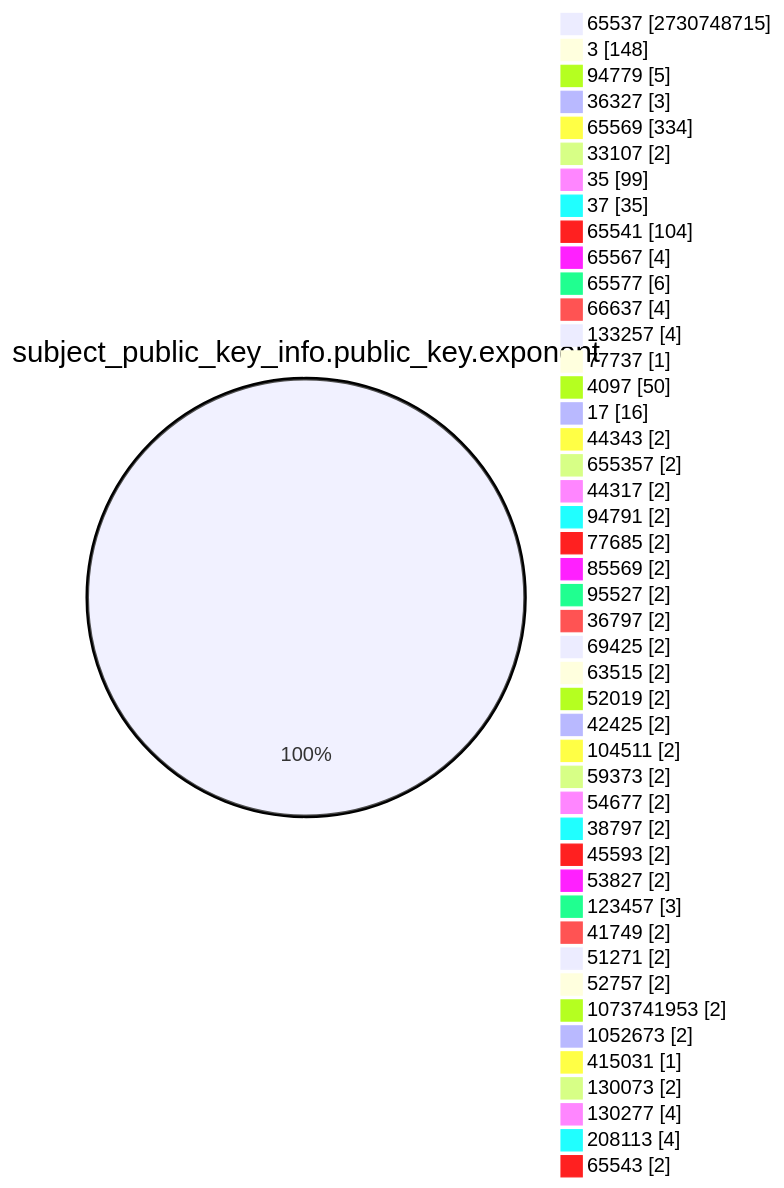
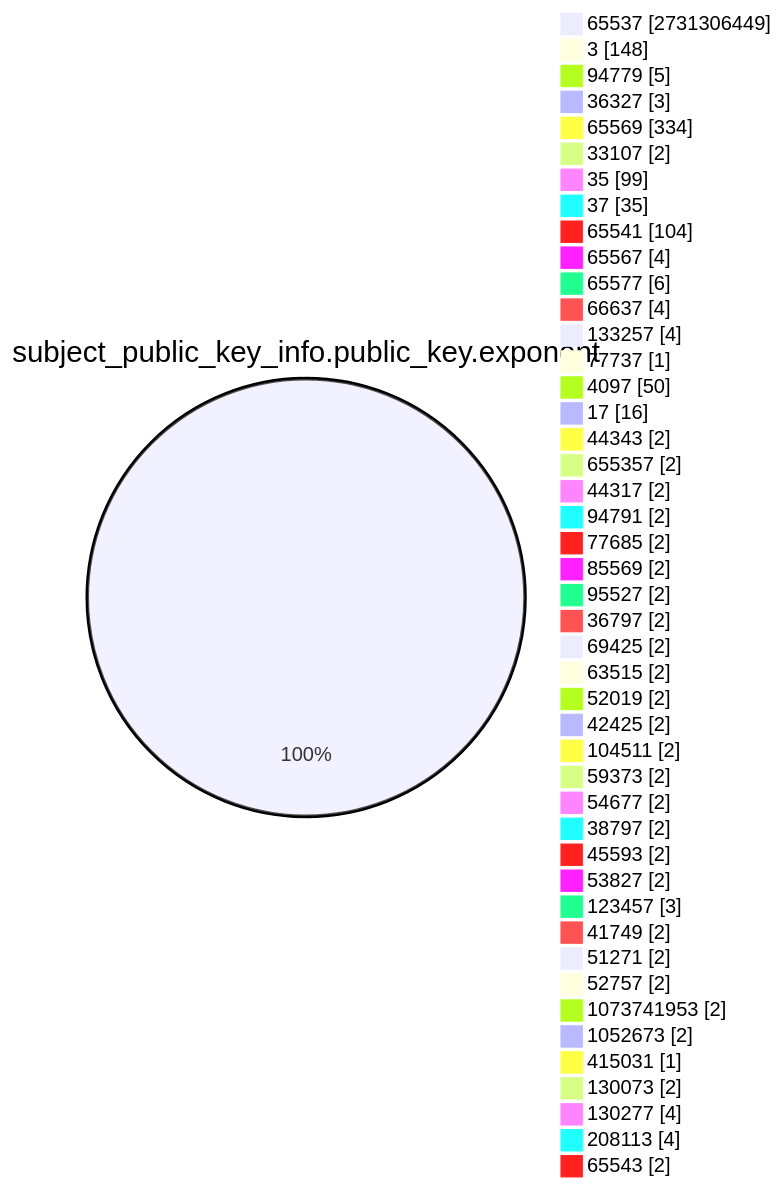
One commit to christiankrug/ctmonitor_visualization changed the fourth of 15 diagrams in TOTAL/README.md. Above: the diagram before and after it, drawn with Mermaid. The commit also changed other lines of this file, not shown here.

````diff
--- a/TOTAL/README.md
+++ b/TOTAL/README.md
@@ -1467,49 +1467,49 @@
 ```mermaid
 pie showData
 title subject_public_key_info.public_key.exponent
-"65537" :2730748715
+"65537" :2731306449
 "3" :148
 "94779" :5
 "36327" :3
 "65569" :334
 "33107" :2
 "35" :99
 "37" :35
 "65541" :104
 "65567" :4
 "65577" :6
 "66637" :4
 "133257" :4
 "77737" :1
 "4097" :50
 "17" :16
 "44343" :2
 "655357" :2
 "44317" :2
 "94791" :2
 "77685" :2
 "85569" :2
 "95527" :2
 "36797" :2
 "69425" :2
 "63515" :2
 "52019" :2
 "42425" :2
 "104511" :2
 "59373" :2
 "54677" :2
 "38797" :2
 "45593" :2
 "53827" :2
 "123457" :3
 "41749" :2
 "51271" :2
 "52757" :2
 "1073741953" :2
 "1052673" :2
 "415031" :1
 "130073" :2
 "130277" :4
 "208113" :4
 "65543" :2
 ```
````
